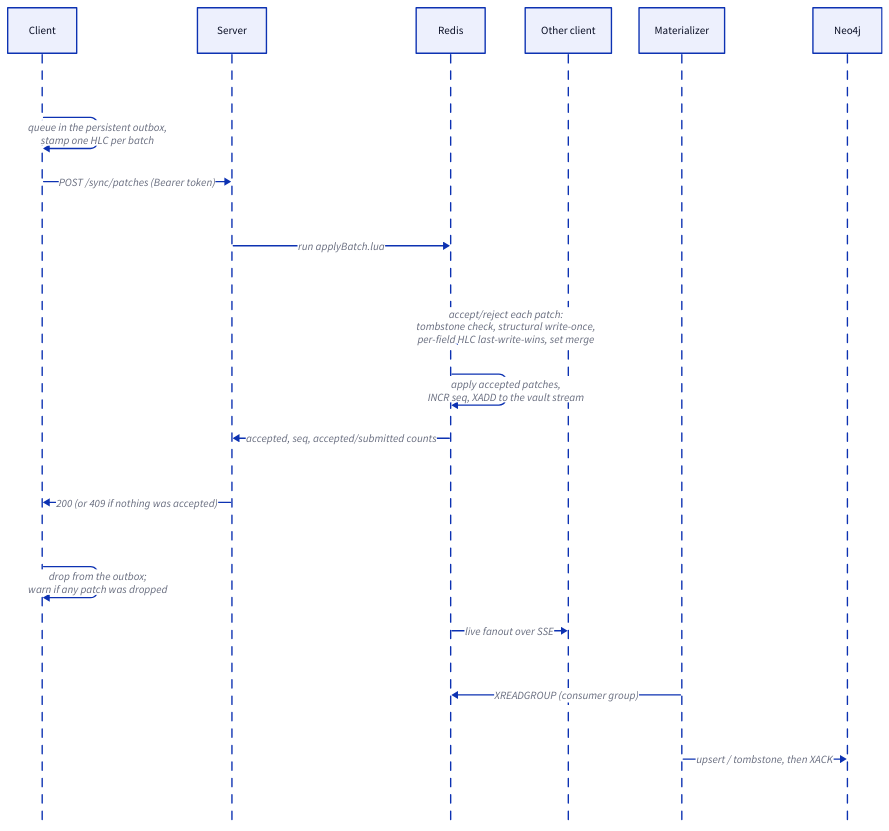
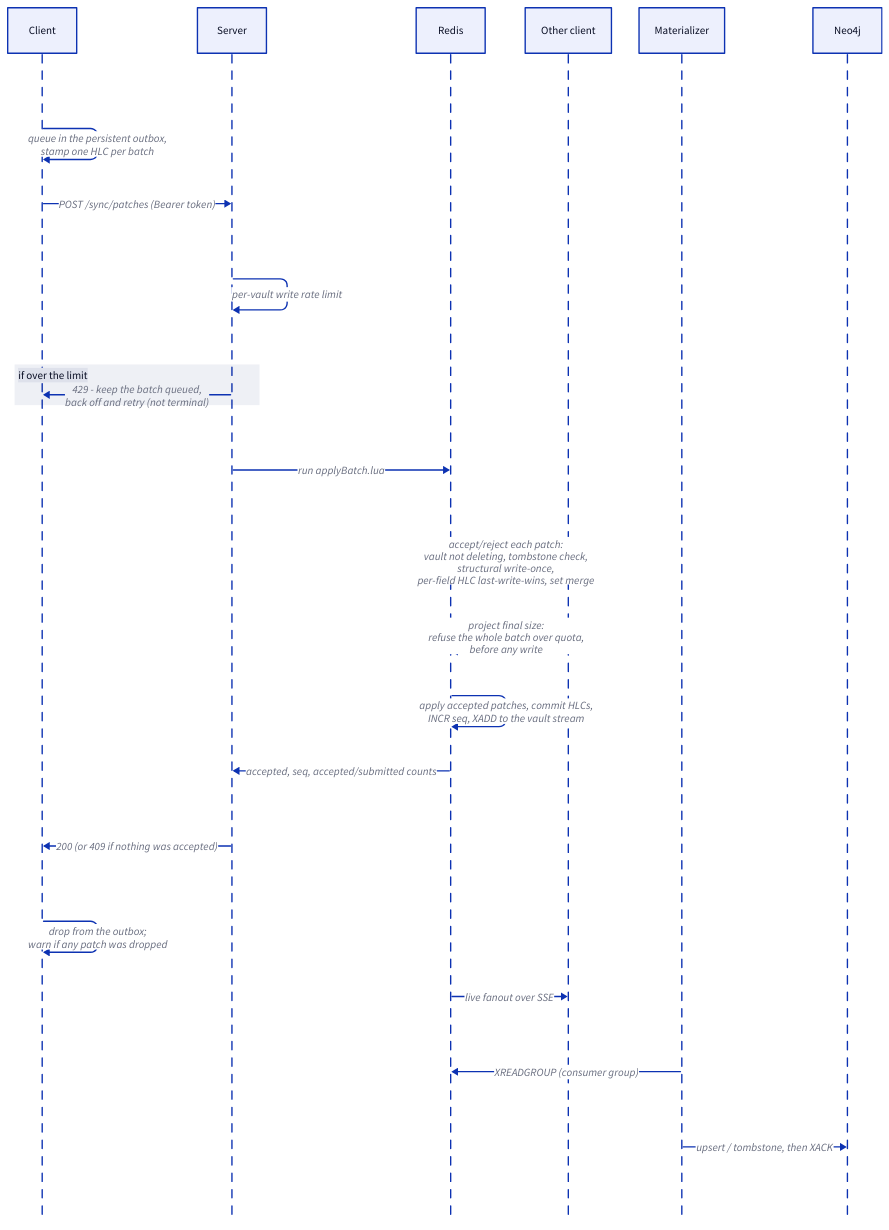
One commit to macsplit/datalet changed the diagram in docs/diagrams/write-path.d2. Above: the diagram before and after it, drawn with D2. The commit also changed 20 other files, not shown here.

```diff
--- a/docs/diagrams/write-path.d2
+++ b/docs/diagrams/write-path.d2
@@ -1,13 +1,18 @@
 shape: sequence_diagram
 
 Client -> Client: "queue in the persistent outbox,\nstamp one HLC per batch"
 Client -> Server: "POST /sync/patches (Bearer token)"
+Server -> Server: "per-vault write rate limit"
+if over the limit: {
+  Server -> Client: "429 - keep the batch queued,\nback off and retry (not terminal)"
+}
 Server -> Redis: "run applyBatch.lua"
-Redis -> Redis: "accept/reject each patch:\ntombstone check, structural write-once,\nper-field HLC last-write-wins, set merge"
-Redis -> Redis: "apply accepted patches,\nINCR seq, XADD to the vault stream"
+Redis -> Redis: "accept/reject each patch:\nvault not deleting, tombstone check,\nstructural write-once,\nper-field HLC last-write-wins, set merge"
+Redis -> Redis: "project final size:\nrefuse the whole batch over quota,\nbefore any write"
+Redis -> Redis: "apply accepted patches, commit HLCs,\nINCR seq, XADD to the vault stream"
 Redis -> Server: "accepted, seq, accepted/submitted counts"
 Server -> Client: "200 (or 409 if nothing was accepted)"
 Client -> Client: "drop from the outbox;\nwarn if any patch was dropped"
 Redis -> "Other client": "live fanout over SSE"
 Materializer -> Redis: "XREADGROUP (consumer group)"
 Materializer -> Neo4j: "upsert / tombstone, then XACK"
```
